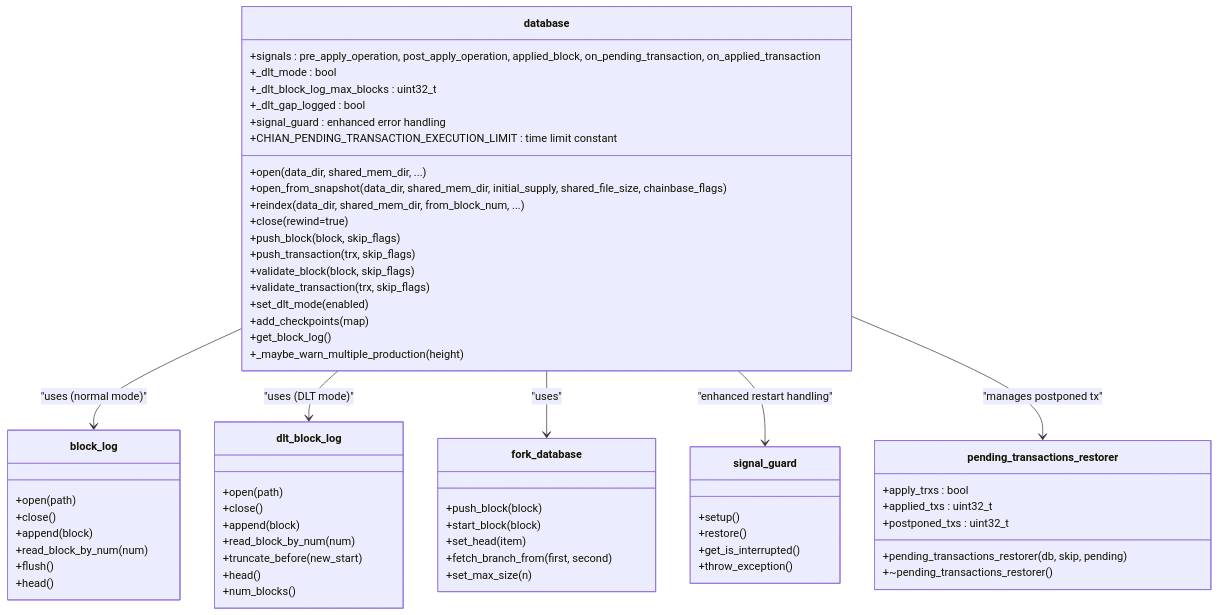
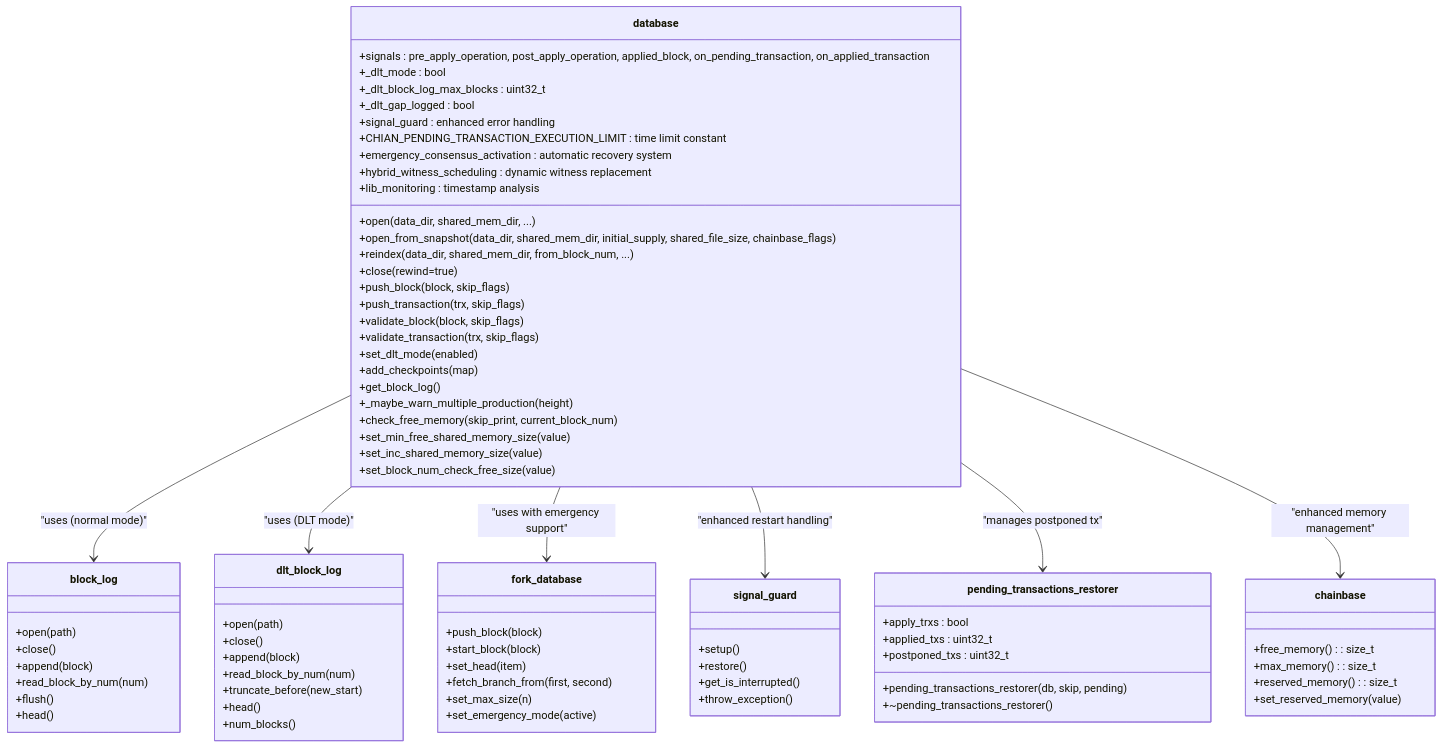
Before and after one commit to VIZ-Blockchain/viz-cpp-node: the second of 21 diagrams in .qoder/repowiki/en/content/Architecture Overview/Core Libraries/Chain Library/Database Management/Database Management.md, drawn with Mermaid. The commit also changed other lines of this file and 7 other files, not shown here.

First line of the commit message:
feat(database): implement emergency consensus and enhance memory management logging

````diff
--- a/.qoder/repowiki/en/content/Architecture Overview/Core Libraries/Chain Library/Database Management/Database Management.md
+++ b/.qoder/repowiki/en/content/Architecture Overview/Core Libraries/Chain Library/Database Management/Database Management.md
@@ -148,65 +177,80 @@
 ```mermaid
 classDiagram
 class database {
 +open(data_dir, shared_mem_dir, ...)
 +open_from_snapshot(data_dir, shared_mem_dir, initial_supply, shared_file_size, chainbase_flags)
 +reindex(data_dir, shared_mem_dir, from_block_num, ...)
 +close(rewind=true)
 +push_block(block, skip_flags)
 +push_transaction(trx, skip_flags)
 +validate_block(block, skip_flags)
 +validate_transaction(trx, skip_flags)
 +set_dlt_mode(enabled)
 +add_checkpoints(map)
 +get_block_log()
 +signals : pre_apply_operation, post_apply_operation, applied_block, on_pending_transaction, on_applied_transaction
 +_dlt_mode : bool
 +_dlt_block_log_max_blocks : uint32_t
 +_dlt_gap_logged : bool
 +signal_guard : enhanced error handling
 +_maybe_warn_multiple_production(height)
 +CHIAN_PENDING_TRANSACTION_EXECUTION_LIMIT : time limit constant
++emergency_consensus_activation : automatic recovery system
++hybrid_witness_scheduling : dynamic witness replacement
++lib_monitoring : timestamp analysis
++check_free_memory(skip_print, current_block_num)
++set_min_free_shared_memory_size(value)
++set_inc_shared_memory_size(value)
++set_block_num_check_free_size(value)
 }
 class block_log {
 +open(path)
 +close()
 +append(block)
 +read_block_by_num(num)
 +flush()
 +head()
 }
 class dlt_block_log {
 +open(path)
 +close()
 +append(block)
 +read_block_by_num(num)
 +truncate_before(new_start)
 +head()
 +num_blocks()
 }
 class fork_database {
 +push_block(block)
 +start_block(block)
 +set_head(item)
 +fetch_branch_from(first, second)
 +set_max_size(n)
++set_emergency_mode(active)
 }
 class signal_guard {
 +setup()
 +restore()
 +get_is_interrupted()
 +throw_exception()
 }
 class pending_transactions_restorer {
 +pending_transactions_restorer(db, skip, pending)
 +~pending_transactions_restorer()
 +apply_trxs : bool
 +applied_txs : uint32_t
 +postponed_txs : uint32_t
 }
+class chainbase {
++free_memory() : size_t
++max_memory() : size_t
++reserved_memory() : size_t
++set_reserved_memory(value)
+}
 database --> block_log : "uses (normal mode)"
 database --> dlt_block_log : "uses (DLT mode)"
-database --> fork_database : "uses"
+database --> fork_database : "uses with emergency support"
 database --> signal_guard : "enhanced restart handling"
 database --> pending_transactions_restorer : "manages postponed tx"
+database --> chainbase : "enhanced memory management"
 ```
````
